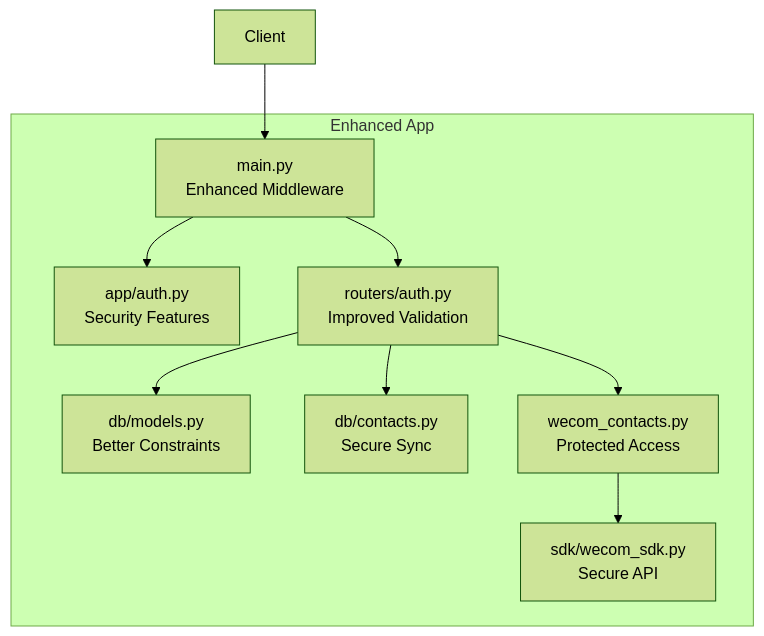
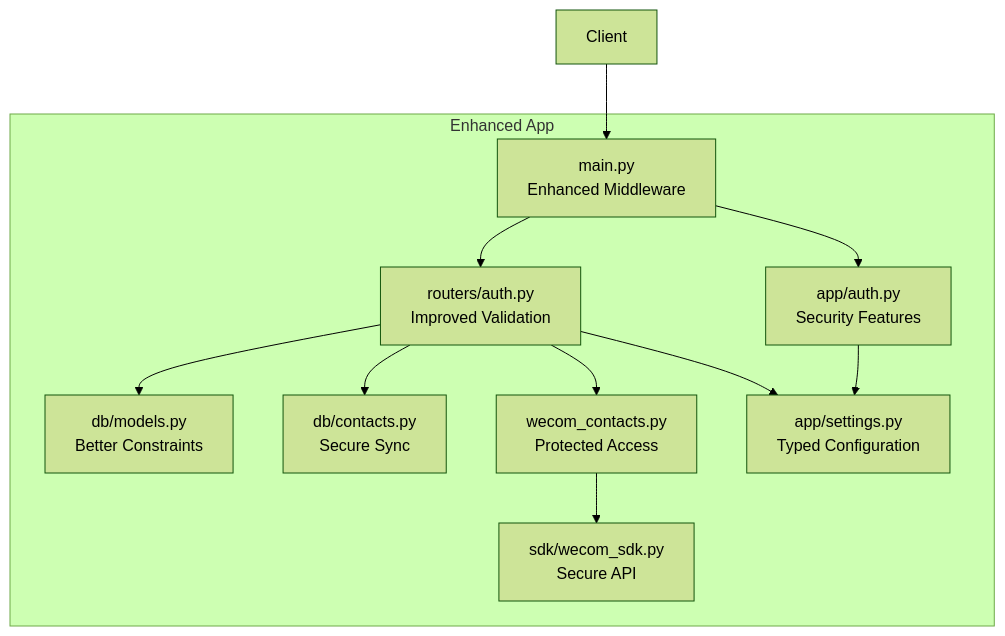
Before and after one commit to zuohaisu/wecom-archive: the first of 6 diagrams in .qoder/repowiki/en/content/Architecture/Web Application Architecture/Authentication & Authorization.md, drawn with Mermaid (forest theme). The commit also changed other lines of this file and 97 other files, not shown here.

````diff
--- a/.qoder/repowiki/en/content/Architecture/Web Application Architecture/Authentication & Authorization.md
+++ b/.qoder/repowiki/en/content/Architecture/Web Application Architecture/Authentication & Authorization.md
@@ -49,19 +51,22 @@
 ```mermaid
 graph TB
 subgraph "Enhanced App"
 Main["main.py<br/>Enhanced Middleware"]
 AuthUtils["app/auth.py<br/>Security Features"]
 AuthRouter["routers/auth.py<br/>Improved Validation"]
 Models["db/models.py<br/>Better Constraints"]
 ContactsDB["db/contacts.py<br/>Secure Sync"]
 WecomContacts["wecom_contacts.py<br/>Protected Access"]
 WecomSDK["sdk/wecom_sdk.py<br/>Secure API"]
+Settings["app/settings.py<br/>Typed Configuration"]
 end
 Client["Client"] --> Main
 Main --> AuthUtils
 Main --> AuthRouter
 AuthRouter --> Models
 AuthRouter --> ContactsDB
 AuthRouter --> WecomContacts
 WecomContacts --> WecomSDK
+AuthUtils --> Settings
+AuthRouter --> Settings
 ```
````
